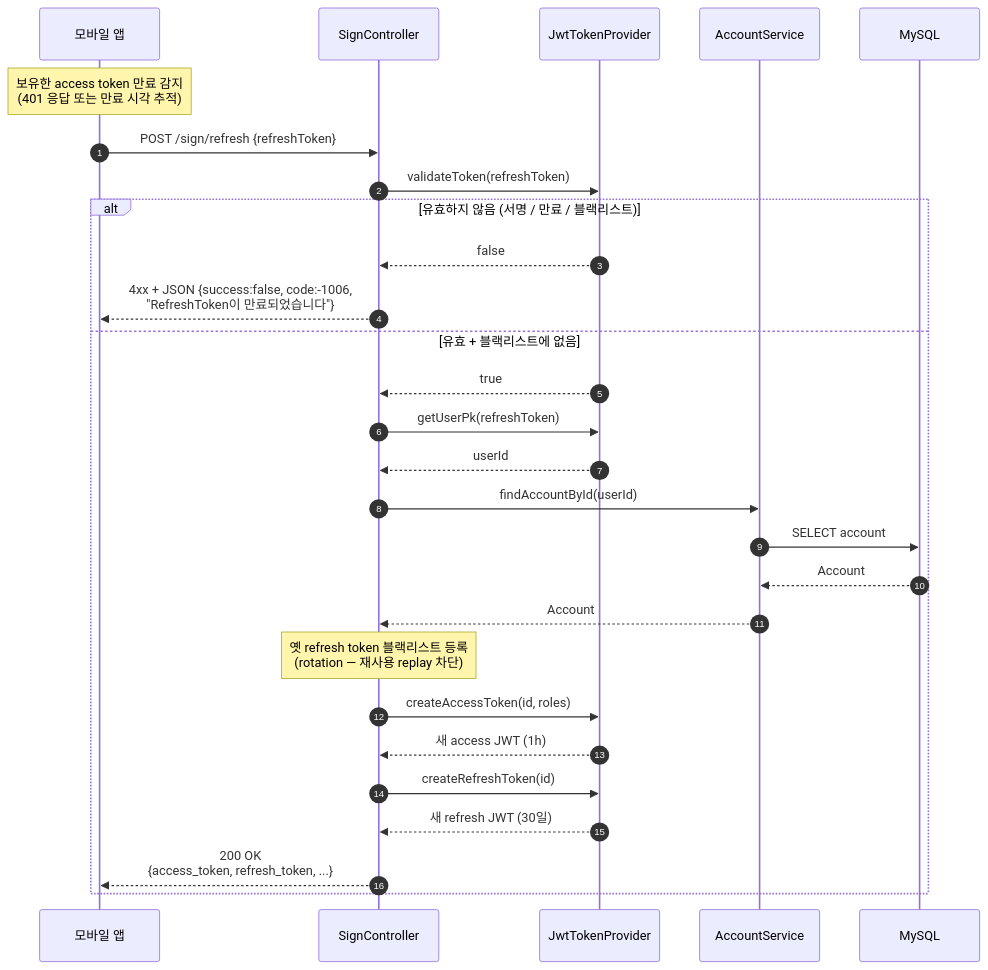
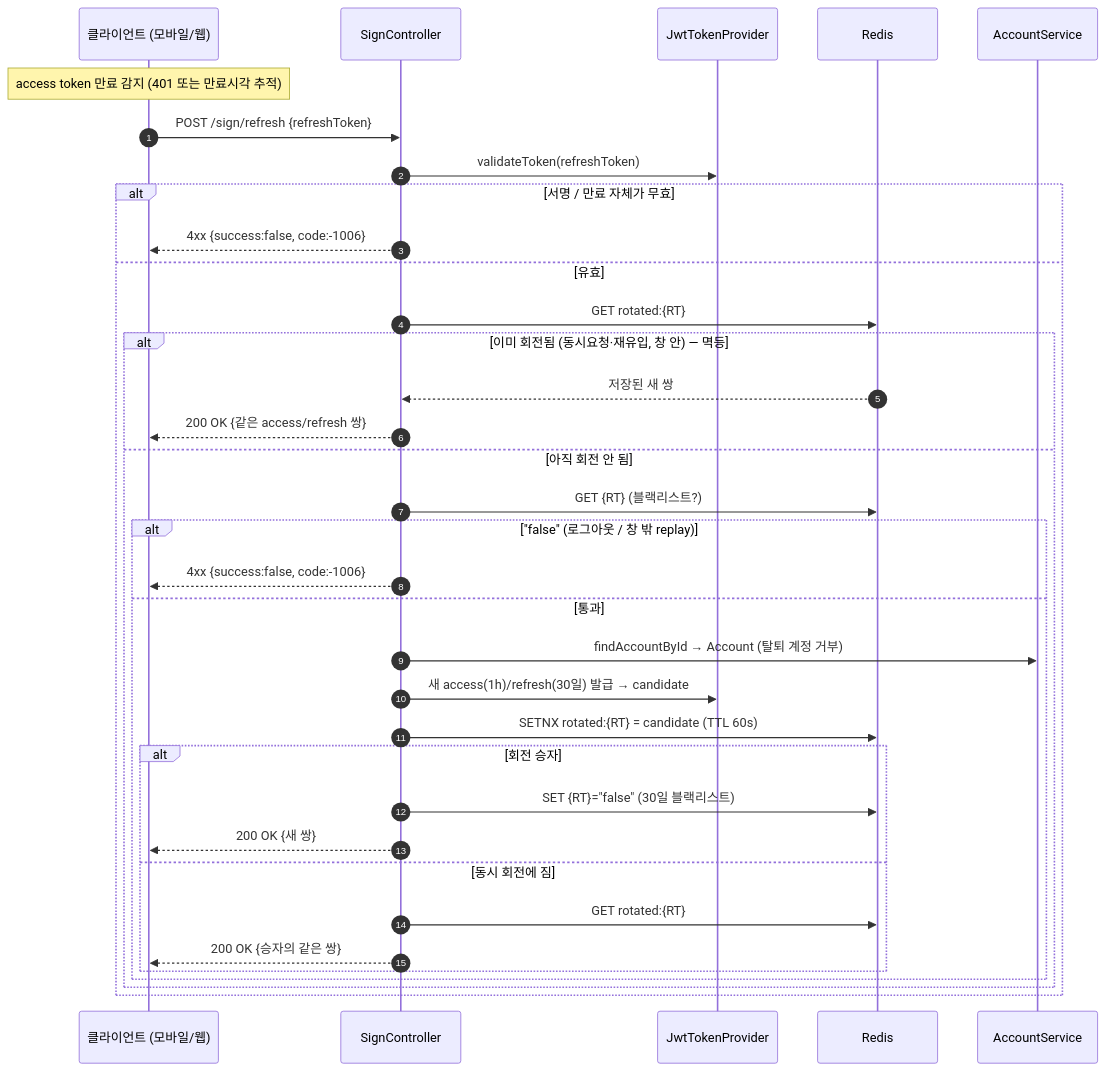
The fourth of 5 diagrams in docs/architecture/sign-up.md (pungdong/Pungdong-Backend), drawn with Mermaid before and after one commit. The commit also changed other lines of this file and 1 other file, not shown here.

Commit message:
Docs: 토큰 회전 멱등 처리 반영 (sign-up·redis)
- sign-up.md: Refresh 시퀀스 다이어그램에 rotated: 캐시 확인·SETNX 승자 선출 반영,
  "Rotation + 무효화 (동시성 멱등)" 서술 + reuse-detection 미채택 결정(🟢) 명문화,
  FE 처리 항목에 single-flight·403 분기 추가.
- redis.md: 용도 표에 rotated:{옛RT} 멱등 캐시 행 추가(블랙리스트 키를 raw JWT 로 정정).

````diff
--- a/docs/architecture/sign-up.md
+++ b/docs/architecture/sign-up.md
@@ -150,32 +150,38 @@
 ```mermaid
 sequenceDiagram
     autonumber
-    participant C as 모바일 앱
+    participant C as 클라이언트 (모바일/웹)
     participant Ctrl as SignController
     participant Jwt as JwtTokenProvider
+    participant R as Redis
     participant Svc as AccountService
-    participant DB as MySQL
 
-    Note over C: 보유한 access token 만료 감지<br/>(401 응답 또는 만료 시각 추적)
+    Note over C: access token 만료 감지 (401 또는 만료시각 추적)
     C->>Ctrl: POST /sign/refresh {refreshToken}
-
     Ctrl->>Jwt: validateToken(refreshToken)
-    alt 유효하지 않음 (서명 / 만료 / 블랙리스트)
-        Jwt-->>Ctrl: false
-        Ctrl-->>C: 4xx + JSON {success:false, code:-1006,<br/>"RefreshToken이 만료되었습니다"}
-    else 유효 + 블랙리스트에 없음
-        Jwt-->>Ctrl: true
-        Ctrl->>Jwt: getUserPk(refreshToken)
-        Jwt-->>Ctrl: userId
-        Ctrl->>Svc: findAccountById(userId)
-        Svc->>DB: SELECT account
-        DB-->>Svc: Account
-        Svc-->>Ctrl: Account
-        Note over Ctrl: 옛 refresh token 블랙리스트 등록<br/>(rotation — 재사용 replay 차단)
-        Ctrl->>Jwt: createAccessToken(id, roles)
-        Jwt-->>Ctrl: 새 access JWT (1h)
-        Ctrl->>Jwt: createRefreshToken(id)
-        Jwt-->>Ctrl: 새 refresh JWT (30일)
-        Ctrl-->>C: 200 OK<br/>{access_token, refresh_token, ...}
+    alt 서명 / 만료 자체가 무효
+        Ctrl-->>C: 4xx {success:false, code:-1006}
+    else 유효
+        Ctrl->>R: GET rotated:{RT}
+        alt 이미 회전됨 (동시요청·재유입, 창 안) — 멱등
+            R-->>Ctrl: 저장된 새 쌍
+            Ctrl-->>C: 200 OK {같은 access/refresh 쌍}
+        else 아직 회전 안 됨
+            Ctrl->>R: GET {RT} (블랙리스트?)
+            alt "false" (로그아웃 / 창 밖 replay)
+                Ctrl-->>C: 4xx {success:false, code:-1006}
+            else 통과
+                Ctrl->>Svc: findAccountById → Account (탈퇴 계정 거부)
+                Ctrl->>Jwt: 새 access(1h)/refresh(30일) 발급 → candidate
+                Ctrl->>R: SETNX rotated:{RT} = candidate (TTL 60s)
+                alt 회전 승자
+                    Ctrl->>R: SET {RT}="false" (30일 블랙리스트)
+                    Ctrl-->>C: 200 OK {새 쌍}
+                else 동시 회전에 짐
+                    Ctrl->>R: GET rotated:{RT}
+                    Ctrl-->>C: 200 OK {승자의 같은 쌍}
+                end
+            end
+        end
     end
 ```
````
